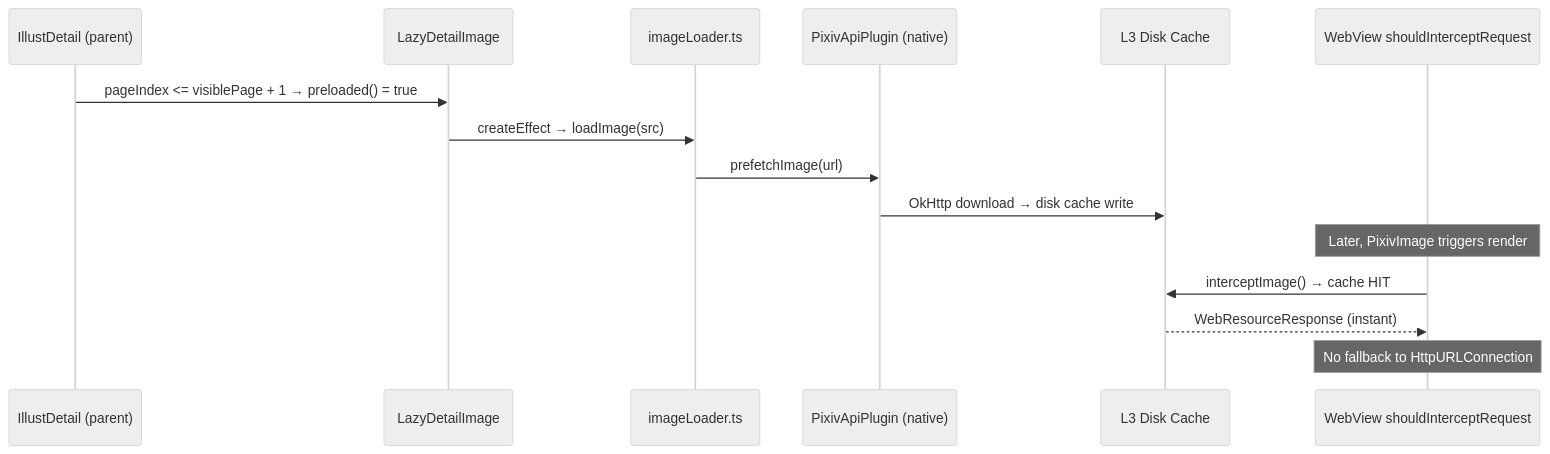
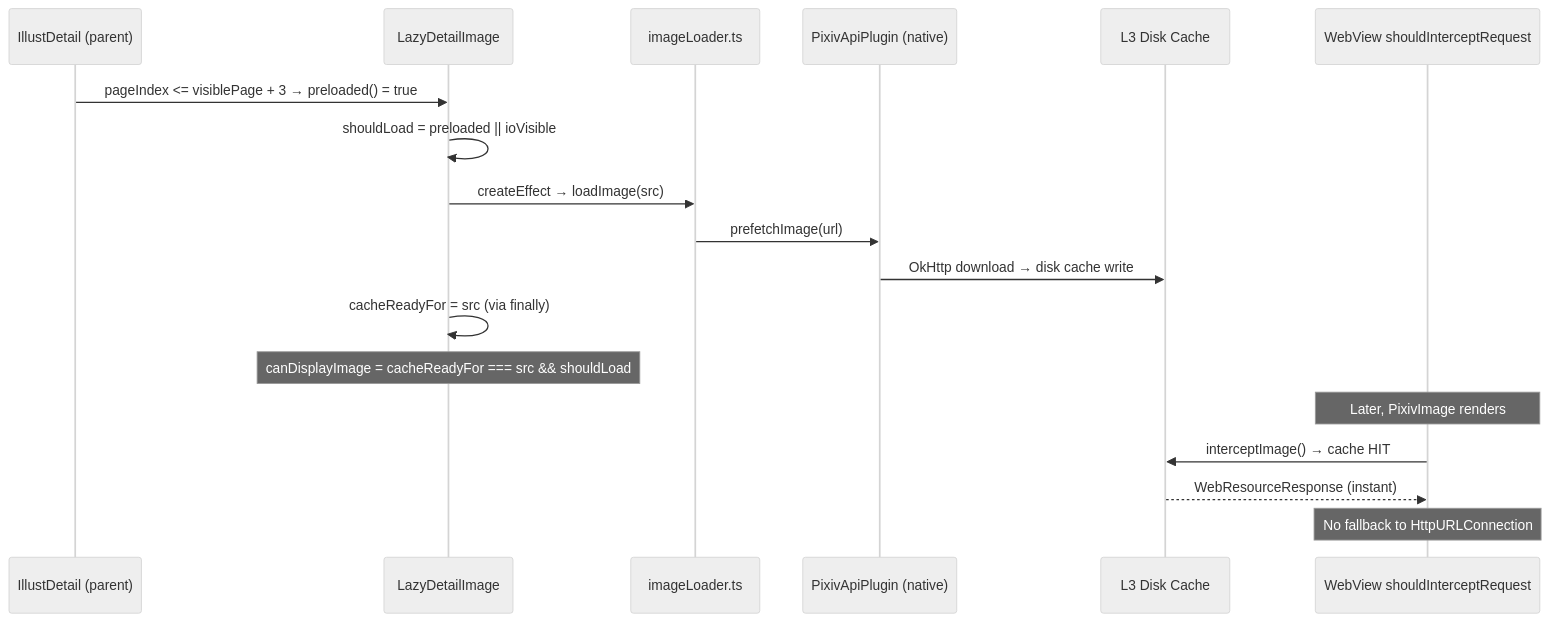
The second of 2 diagrams in openwiki/architecture/image-pipeline.md (a1121611810/Pictelio), drawn with Mermaid (neutral theme) before and after one commit. The commit also changed other lines of this file and 5 other files, not shown here.

First line of the commit message:
fix(illust-detail): 缓存就绪后渲染多图 + 消除 src 变化竞态

````diff
--- a/openwiki/architecture/image-pipeline.md
+++ b/openwiki/architecture/image-pipeline.md
@@ -84,18 +88,21 @@
 ```mermaid
 sequenceDiagram
     participant ILD as IllustDetail (parent)
     participant LDI as LazyDetailImage
     participant IL as imageLoader.ts
     participant PP as PixivApiPlugin (native)
     participant DC as L3 Disk Cache
     participant WV as WebView shouldInterceptRequest
 
-    ILD->>LDI: pageIndex <= visiblePage + 1 → preloaded() = true
+    ILD->>LDI: pageIndex <= visiblePage + 3 → preloaded() = true
+    LDI->>LDI: shouldLoad = preloaded || ioVisible
     LDI->>IL: createEffect → loadImage(src)
     IL->>PP: prefetchImage(url)
     PP->>DC: OkHttp download → disk cache write
-    Note over WV: Later, PixivImage triggers render
+    LDI->>LDI: cacheReadyFor = src (via finally)
+    Note over LDI: canDisplayImage = cacheReadyFor === src && shouldLoad
+    Note over WV: Later, PixivImage renders
     WV->>DC: interceptImage() → cache HIT
     DC-->>WV: WebResourceResponse (instant)
     Note over WV: No fallback to HttpURLConnection
 ```
````
